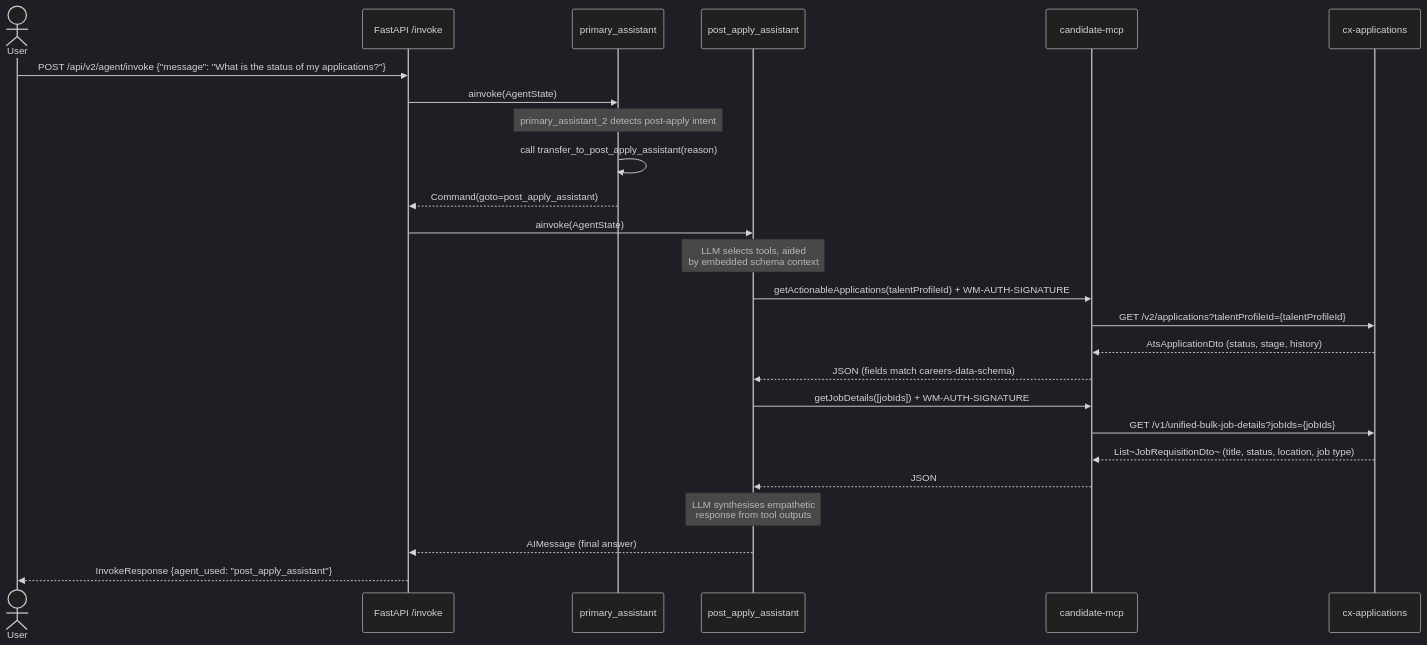
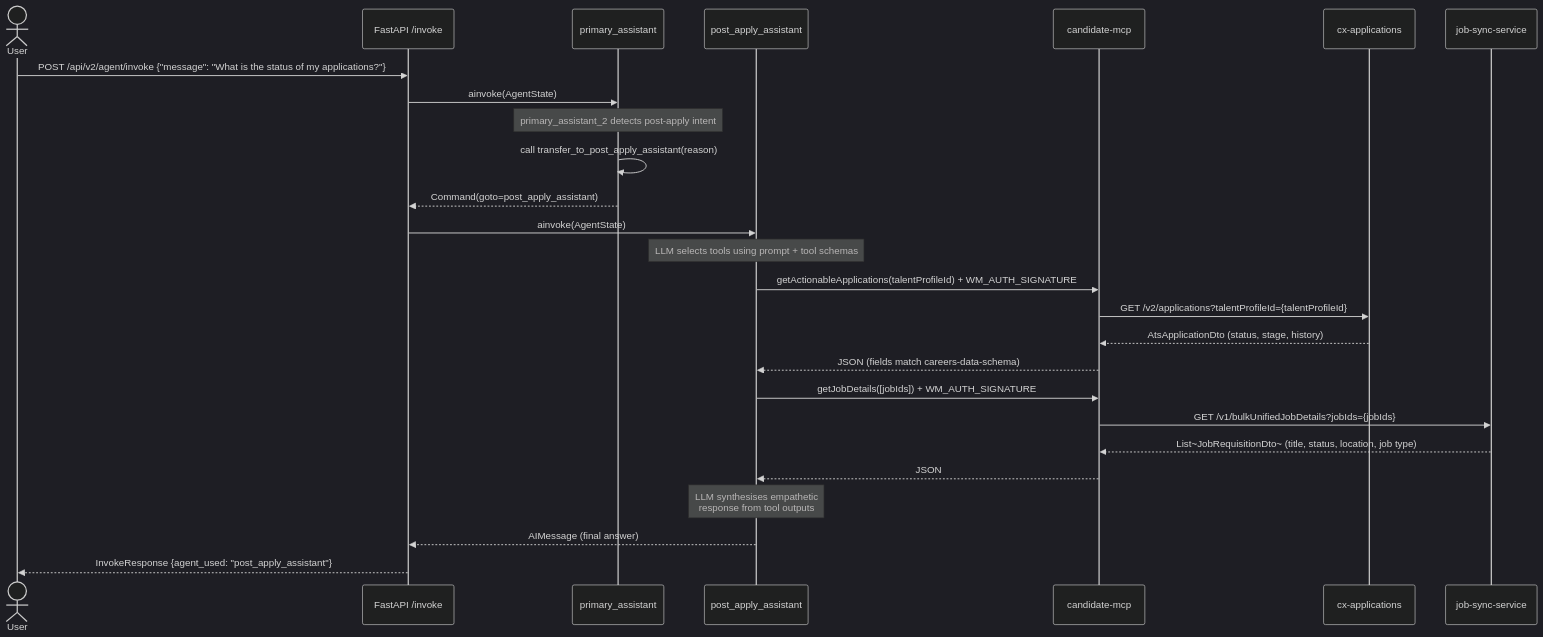
Diagram 15 of 30 in LLD_POST_APPLY_ASSISTANT.md (venkat-raman17/candidate-agent), drawn with Mermaid (dark theme) before and after one commit. The commit also changed other lines of this file, not shown here.

````diff
--- a/LLD_POST_APPLY_ASSISTANT.md
+++ b/LLD_POST_APPLY_ASSISTANT.md
@@ -921,33 +923,34 @@
 ```mermaid
 sequenceDiagram
     actor User
     participant API as FastAPI /invoke
     participant PA as primary_assistant
     participant PAA as post_apply_assistant
     participant CMCP as candidate-mcp
     participant CXA as cx-applications
+    participant JSS as job-sync-service
 
     User->>API: POST /api/v2/agent/invoke {"message": "What is the status of my applications?"}
     API->>PA: ainvoke(AgentState)
 
     note over PA: primary_assistant_2 detects post-apply intent
     PA->>PA: call transfer_to_post_apply_assistant(reason)
     PA-->>API: Command(goto=post_apply_assistant)
 
     API->>PAA: ainvoke(AgentState)
-    note over PAA: LLM selects tools, aided<br/>by embedded schema context
+    note over PAA: LLM selects tools using prompt + tool schemas
 
-    PAA->>CMCP: getActionableApplications(talentProfileId) + WM-AUTH-SIGNATURE
+    PAA->>CMCP: getActionableApplications(talentProfileId) + WM_AUTH_SIGNATURE
     CMCP->>CXA: GET /v2/applications?talentProfileId={talentProfileId}
     CXA-->>CMCP: AtsApplicationDto (status, stage, history)
     CMCP-->>PAA: JSON  (fields match careers-data-schema)
 
-    PAA->>CMCP: getJobDetails([jobIds]) + WM-AUTH-SIGNATURE
-    CMCP->>CXA: GET /v1/unified-bulk-job-details?jobIds={jobIds}
-    CXA-->>CMCP: List~JobRequisitionDto~ (title, status, location, job type)
+    PAA->>CMCP: getJobDetails([jobIds]) + WM_AUTH_SIGNATURE
+    CMCP->>JSS: GET /v1/bulkUnifiedJobDetails?jobIds={jobIds}
+    JSS-->>CMCP: List~JobRequisitionDto~ (title, status, location, job type)
     CMCP-->>PAA: JSON
 
     note over PAA: LLM synthesises empathetic<br/>response from tool outputs
     PAA-->>API: AIMessage (final answer)
     API-->>User: InvokeResponse {agent_used: "post_apply_assistant"}
 ```
````
